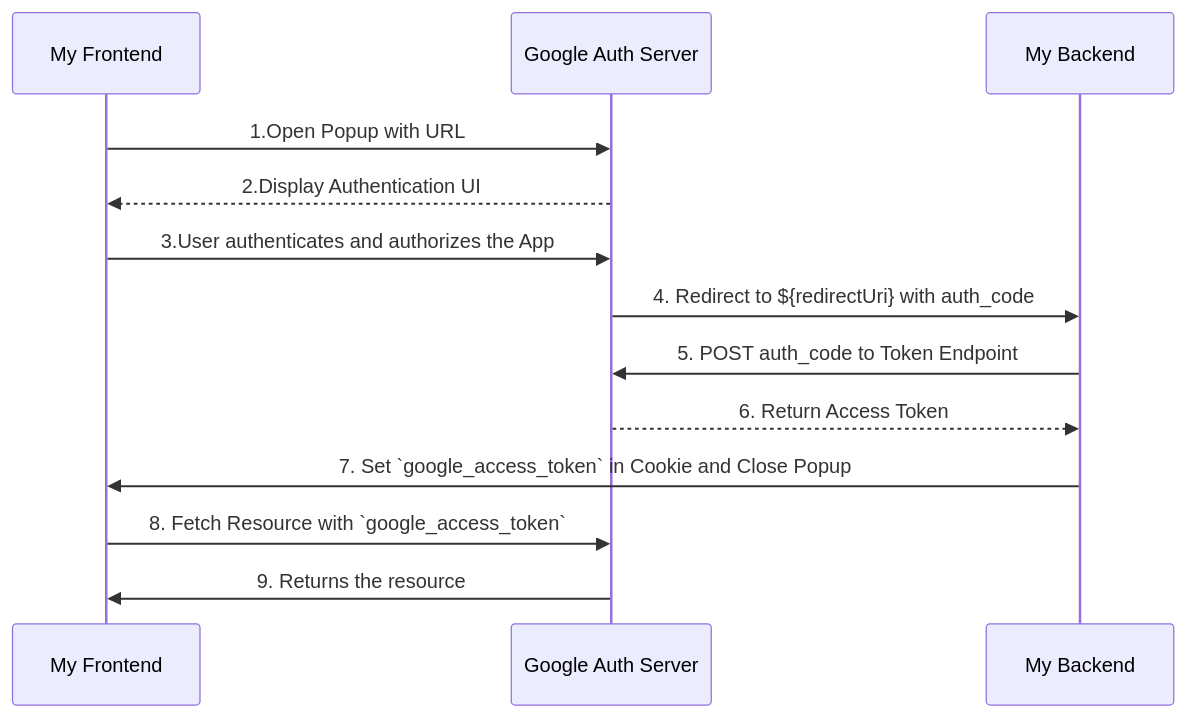
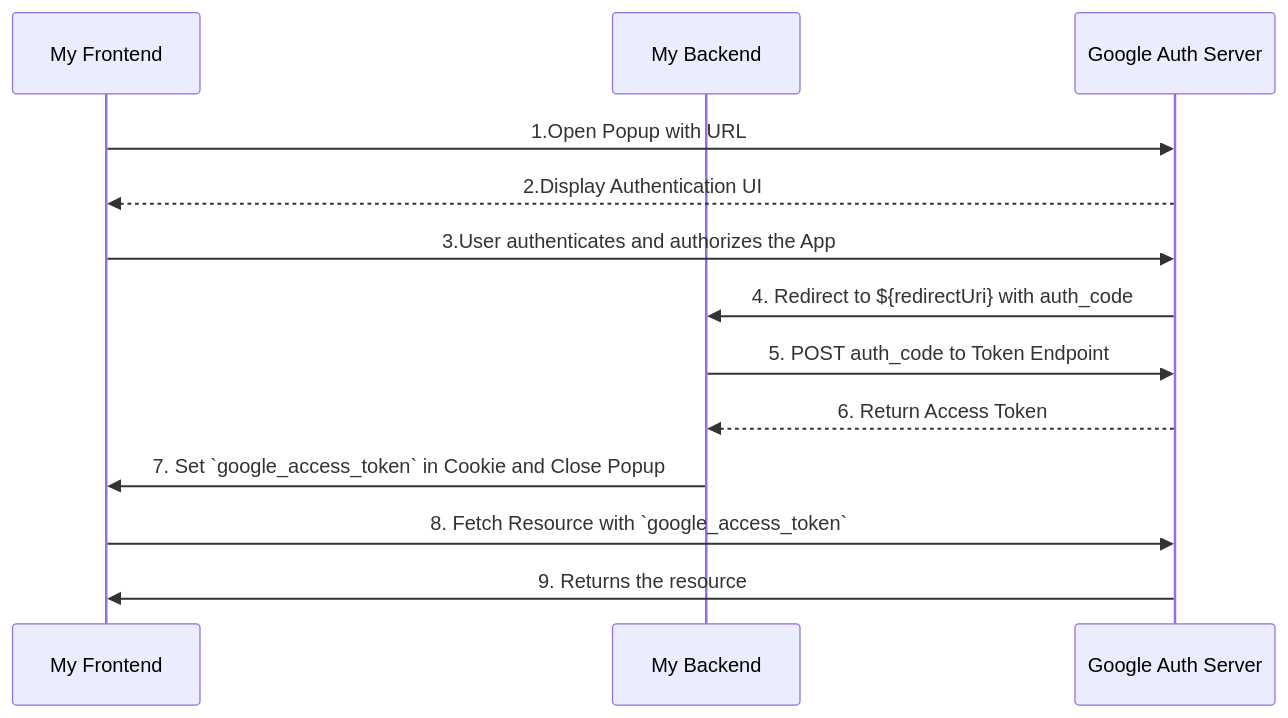
Before and after one commit to asgarov1/oauth2-demo: the diagram in README.md, drawn with Mermaid. The commit also changed other lines of this file, not shown here.

````diff
--- a/README.md
+++ b/README.md
@@ -53,16 +53,16 @@
 ```mermaid
 sequenceDiagram
     participant FE as My Frontend
+    participant BE as My Backend
     participant Google as Google Auth Server
-    participant BE as My Backend
 
     FE->>Google: 1.Open Popup with URL
     Google-->>FE: 2.Display Authentication UI
     FE->>Google: 3.User authenticates and authorizes the App
     Google->>BE: 4. Redirect to ${redirectUri} with auth_code
     BE->>Google: 5. POST auth_code to Token Endpoint
     Google-->>BE: 6. Return Access Token
     BE->>FE: 7. Set `google_access_token` in Cookie and Close Popup
     FE->>Google: 8. Fetch Resource with `google_access_token`
     Google->>FE: 9. Returns the resource
 ```
````
